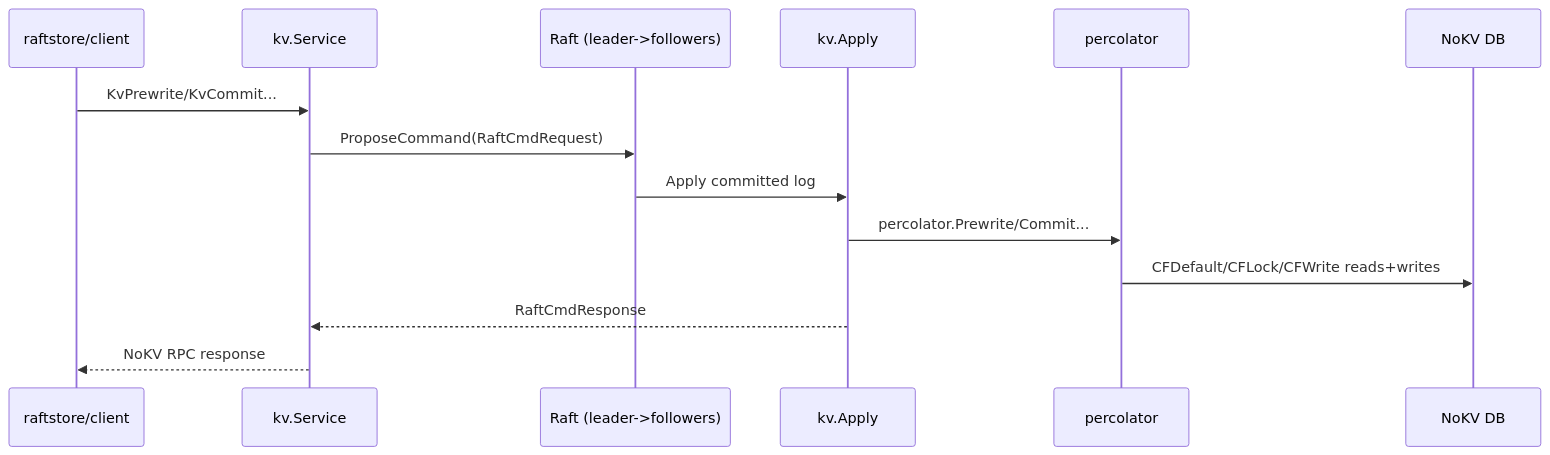
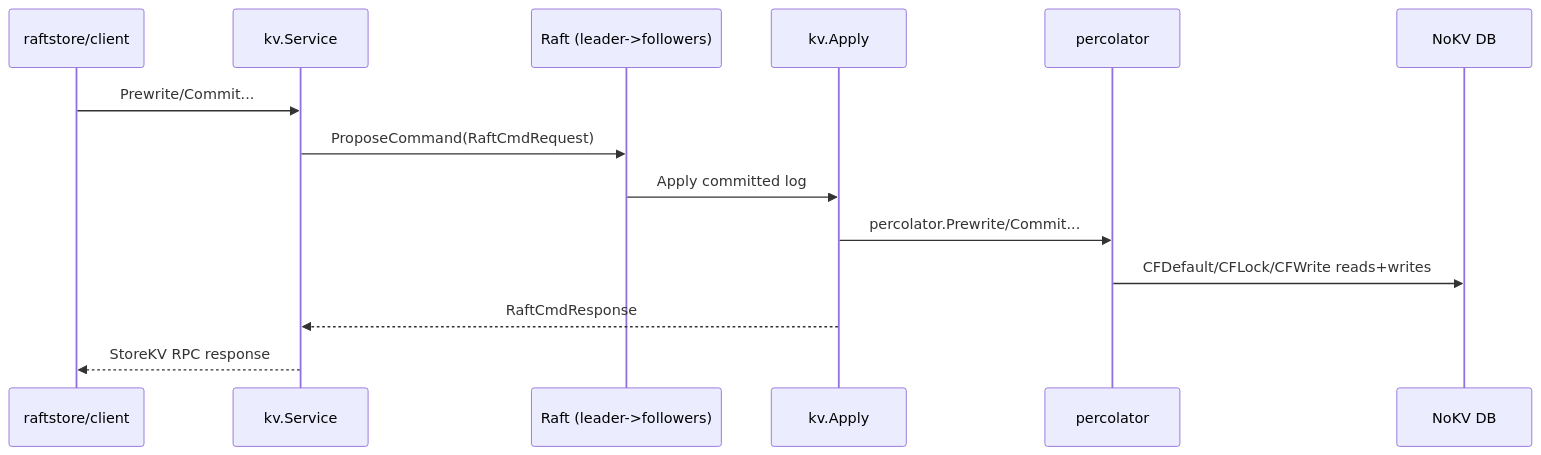
One commit to feichai0017/NoKV changed the first of 2 diagrams in docs/percolator.md. Above: the diagram before and after it, drawn with Mermaid. The commit also changed other lines of this file and 175 other files, not shown here.

Commit message:
Refine storage architecture boundaries (#223)

````diff
--- a/docs/percolator.md
+++ b/docs/percolator.md
@@ -26,16 +26,16 @@
 ```mermaid
 sequenceDiagram
     participant C as raftstore/client
     participant S as kv.Service
     participant R as Raft (leader->followers)
     participant A as kv.Apply
     participant P as percolator
     participant DB as NoKV DB
-    C->>S: KvPrewrite/KvCommit...
+    C->>S: Prewrite/Commit...
     S->>R: ProposeCommand(RaftCmdRequest)
     R->>A: Apply committed log
     A->>P: percolator.Prewrite/Commit...
     P->>DB: CFDefault/CFLock/CFWrite reads+writes
     A-->>S: RaftCmdResponse
-    S-->>C: NoKV RPC response
+    S-->>C: StoreKV RPC response
 ```
````
